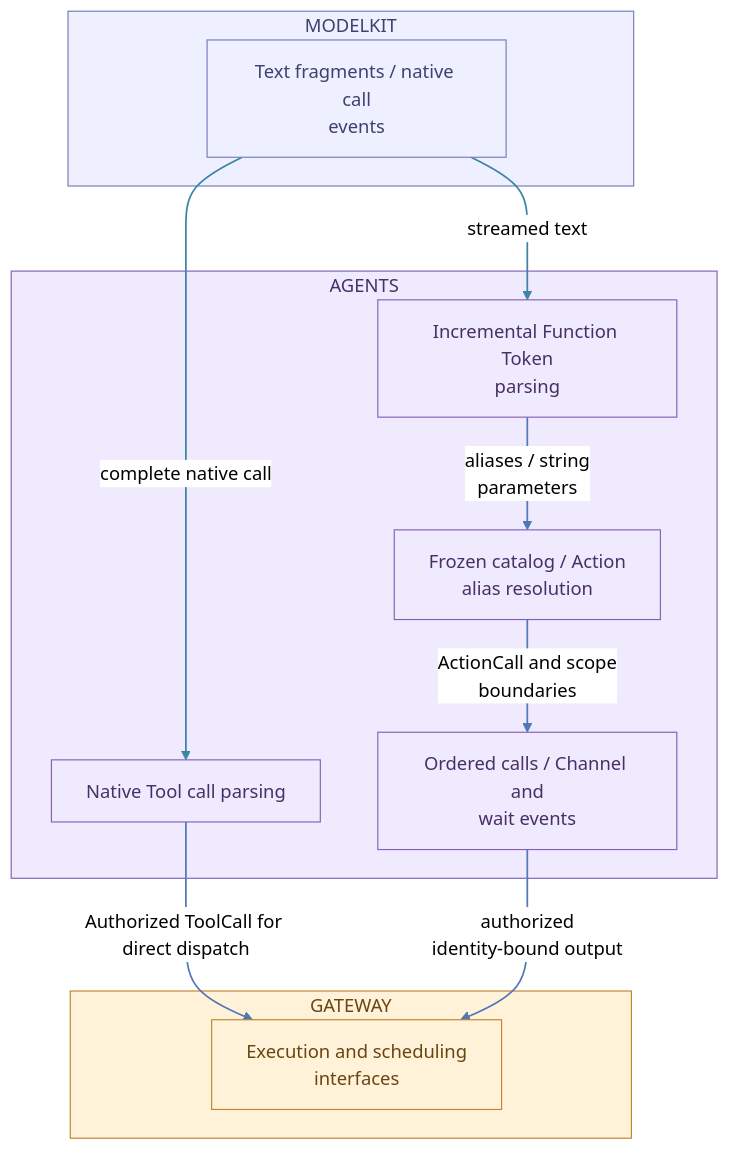
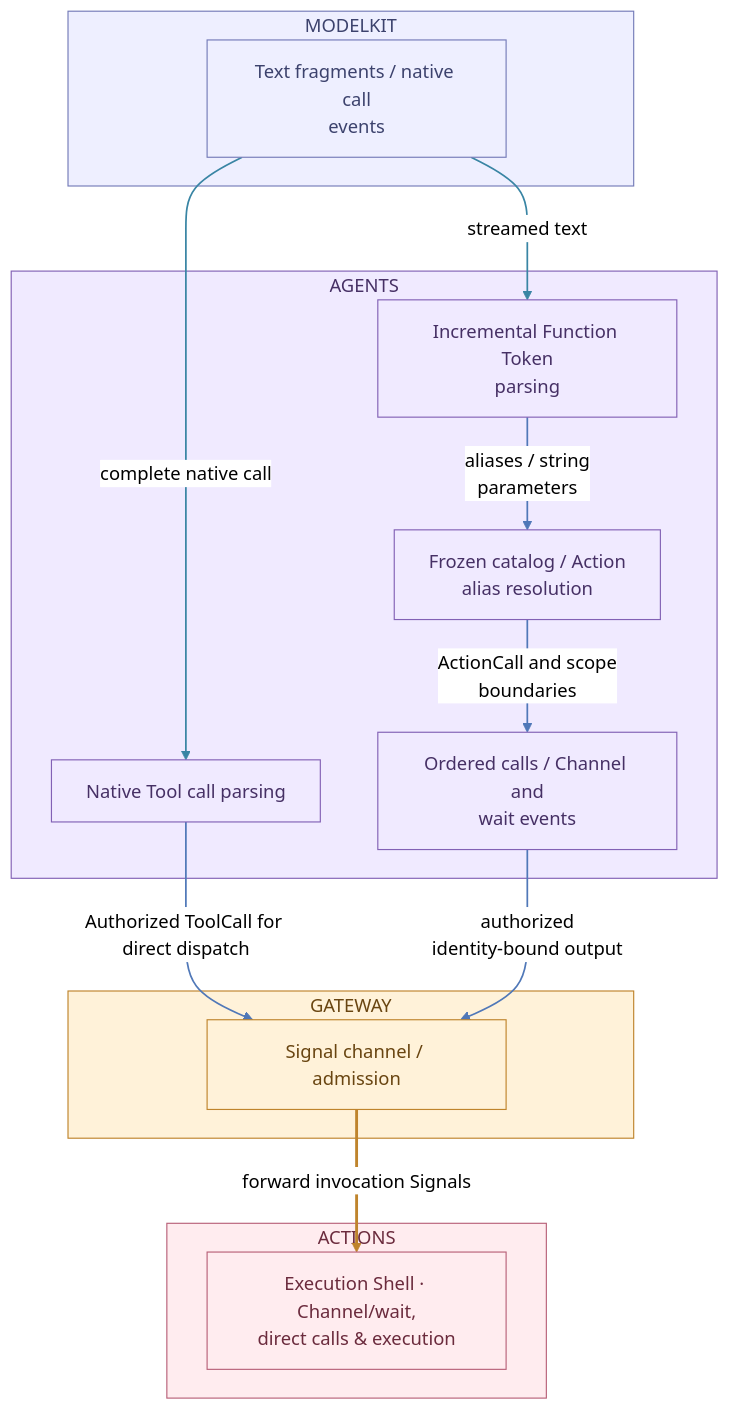
One commit to devilyouwei/MobileHarness changed diagram 13 of 27 in MobileHarness/README.md. Above: the diagram before and after it, drawn with Mermaid (neutral theme). The commit also changed other lines of this file and 4 other files, not shown here.

First line of the commit message:
docs: align READMEs and diagrams with Gateway/Actions separation

````diff
--- a/MobileHarness/README.md
+++ b/MobileHarness/README.md
@@ -849,33 +847,40 @@
 ```mermaid
 flowchart TB
     subgraph Model["MODELKIT"]
         M["Text fragments / native call<br/>events"]:::model
     end
     style Model fill:#eeefff,stroke:#747bb8,color:#3c426d
     subgraph Cognition["AGENTS"]
         P["Incremental Function Token<br/>parsing"]:::agent
         C["Frozen catalog / Action<br/>alias resolution"]:::agent
         E["Ordered calls / Channel and<br/>wait events"]:::agent
         N["Native Tool call parsing"]:::agent
     end
     style Cognition fill:#f0eaff,stroke:#8261b5,color:#463065
     subgraph Coordination["GATEWAY"]
-        G["Execution and scheduling<br/>interfaces"]:::gateway
+        G["Signal channel / admission"]:::gateway
     end
     style Coordination fill:#fff2d9,stroke:#bf842c,color:#694511
+    subgraph Execution["ACTIONS"]
+        X["Execution Shell · Channel/wait,<br/>direct calls &amp; execution"]:::action
+    end
+    style Execution fill:#ffecef,stroke:#b86178,color:#6b2b3d
     M -->|"streamed text"| P
     P -->|"aliases / string<br/>parameters"| C
     C -->|"ActionCall and scope<br/>boundaries"| E
     M -->|"complete native call"| N
     N -->|"Authorized ToolCall for direct dispatch"| G
     E -->|"authorized<br/>identity-bound output"| G
+    G ==>|"forward invocation Signals"| X
+    classDef action fill:#ffecef,stroke:#b86178,color:#6b2b3d
     classDef agent fill:#f0eaff,stroke:#8261b5,color:#463065
     classDef gateway fill:#fff2d9,stroke:#bf842c,color:#694511
     classDef model fill:#eeefff,stroke:#747bb8,color:#3c426d
     linkStyle 0 stroke:#3985a4,stroke-width:1.5px
     linkStyle 1 stroke:#5078b8,stroke-width:1.5px
     linkStyle 2 stroke:#5078b8,stroke-width:1.5px
     linkStyle 3 stroke:#3985a4,stroke-width:1.5px
     linkStyle 4 stroke:#5078b8,stroke-width:1.5px
     linkStyle 5 stroke:#5078b8,stroke-width:1.5px
+    linkStyle 6 stroke:#bf842c,stroke-width:2.5px
 ```
````
